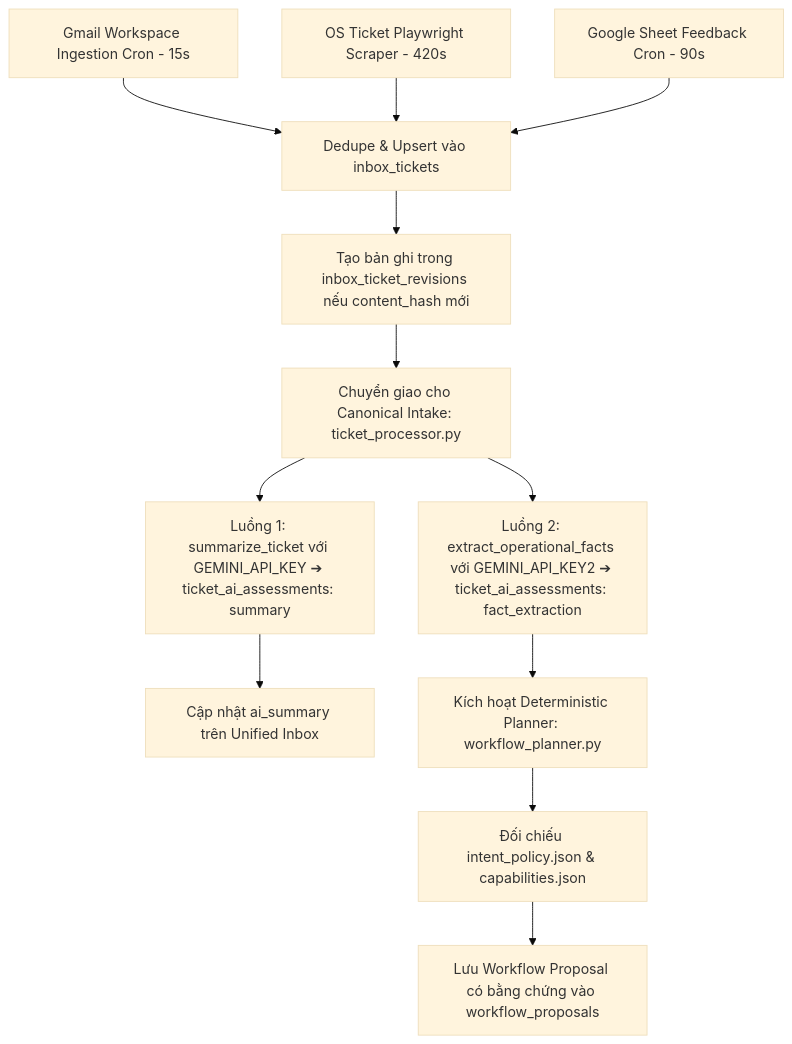
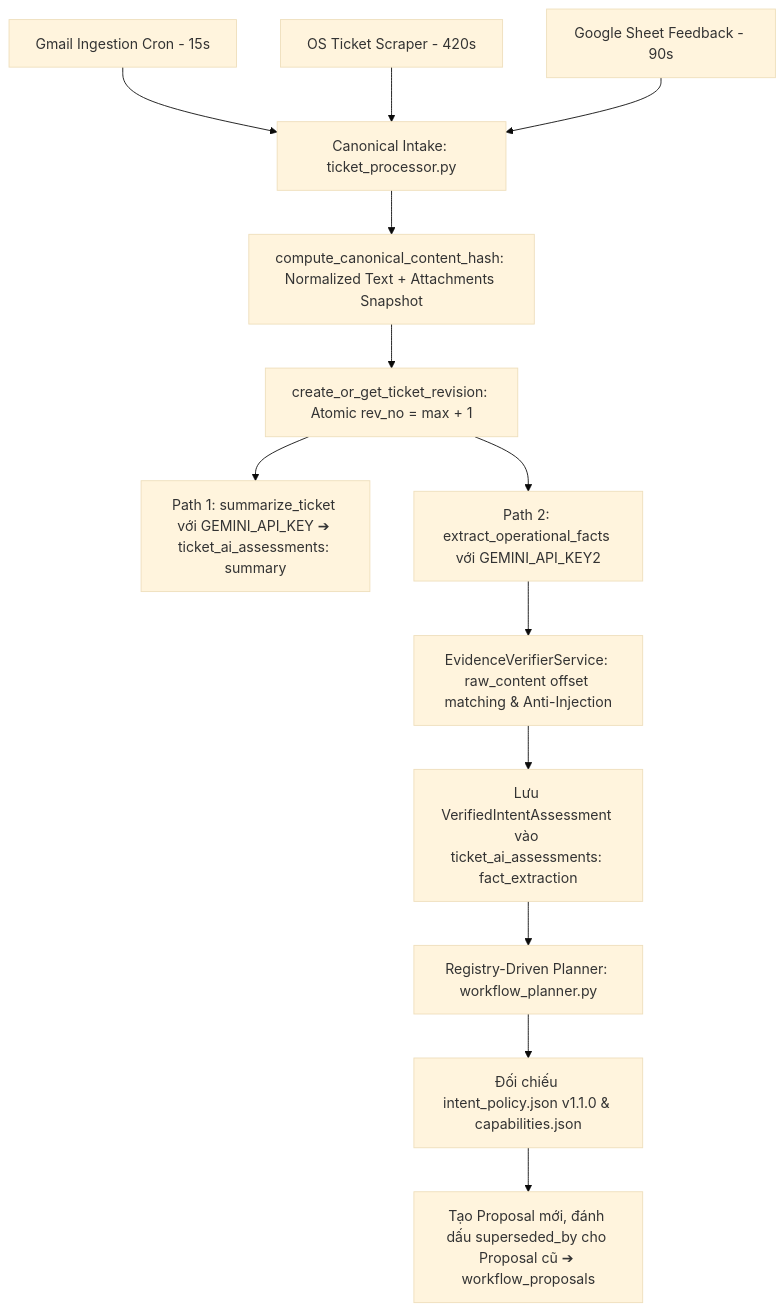
The first of 2 diagrams in README.md (hungnm-1225/ptv-tasks-administrator), drawn with Mermaid (base theme) before and after one commit. The commit also changed other lines of this file and 1 other file, not shown here.

Commit message:
test: add robust invariant and security tests for workflow planner and evidence verifier

````diff
--- a/README.md
+++ b/README.md
@@ -422,14 +421,15 @@
 ```mermaid
 flowchart TD
-    A1[Gmail Workspace Ingestion Cron - 15s] --> B[Dedupe & Upsert vào inbox_tickets]
-    A2[OS Ticket Playwright Scraper - 420s] --> B
-    A3[Google Sheet Feedback Cron - 90s] --> B
-    B --> C[Tạo bản ghi trong inbox_ticket_revisions nếu content_hash mới]
-    C --> D[Chuyển giao cho Canonical Intake: ticket_processor.py]
-    D --> E1[Luồng 1: summarize_ticket với GEMINI_API_KEY ➔ ticket_ai_assessments: summary]
-    D --> E2[Luồng 2: extract_operational_facts với GEMINI_API_KEY2 ➔ ticket_ai_assessments: fact_extraction]
-    E1 --> F[Cập nhật ai_summary trên Unified Inbox]
-    E2 --> G[Kích hoạt Deterministic Planner: workflow_planner.py]
-    G --> H[Đối chiếu intent_policy.json & capabilities.json]
-    H --> I[Lưu Workflow Proposal có bằng chứng vào workflow_proposals]
+    A1[Gmail Ingestion Cron - 15s] --> B[Canonical Intake: ticket_processor.py]
+    A2[OS Ticket Scraper - 420s] --> B
+    A3[Google Sheet Feedback - 90s] --> B
+    B --> C[compute_canonical_content_hash: Normalized Text + Attachments Snapshot]
+    C --> D[create_or_get_ticket_revision: Atomic rev_no = max + 1]
+    D --> E1[Path 1: summarize_ticket với GEMINI_API_KEY ➔ ticket_ai_assessments: summary]
+    D --> E2[Path 2: extract_operational_facts với GEMINI_API_KEY2]
+    E2 --> F[EvidenceVerifierService: raw_content offset matching & Anti-Injection]
+    F --> G[Lưu VerifiedIntentAssessment vào ticket_ai_assessments: fact_extraction]
+    G --> H[Registry-Driven Planner: workflow_planner.py]
+    H --> I[Đối chiếu intent_policy.json v1.1.0 & capabilities.json]
+    I --> J[Tạo Proposal mới, đánh dấu superseded_by cho Proposal cũ ➔ workflow_proposals]
 ```
````
